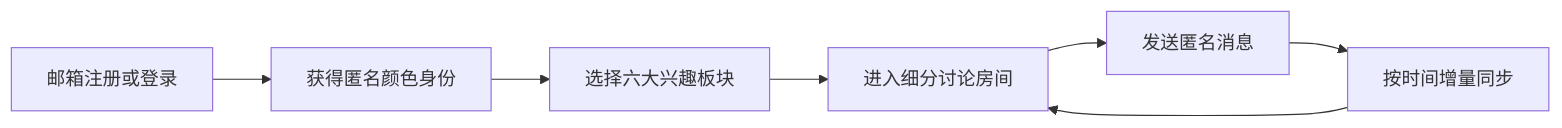
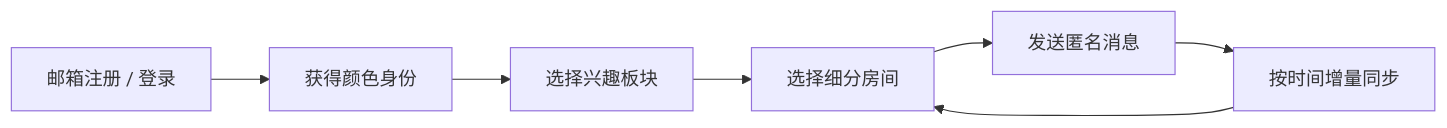
The first of 2 diagrams in README.md (ZhaoyuanLiu23/VoidMessage), drawn with Mermaid before and after one commit. The commit also changed other lines of this file and 2 other files, not shown here.

```diff
--- a/README.md
+++ b/README.md
@@ -43,9 +90,9 @@
 ~~~mermaid
 flowchart LR
-    A[邮箱注册或登录] --> B[获得匿名颜色身份]
-    B --> C[选择六大兴趣板块]
-    C --> D[进入细分讨论房间]
+    A[邮箱注册 / 登录] --> B[获得颜色身份]
+    B --> C[选择兴趣板块]
+    C --> D[选择细分房间]
     D --> E[发送匿名消息]
     E --> F[按时间增量同步]
     F --> D
 ~~~
```
